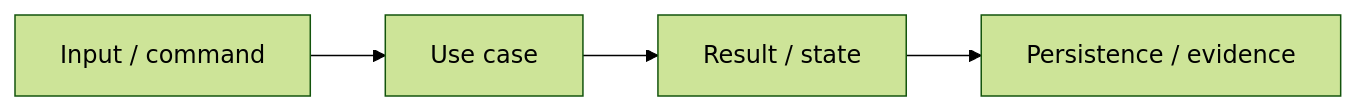
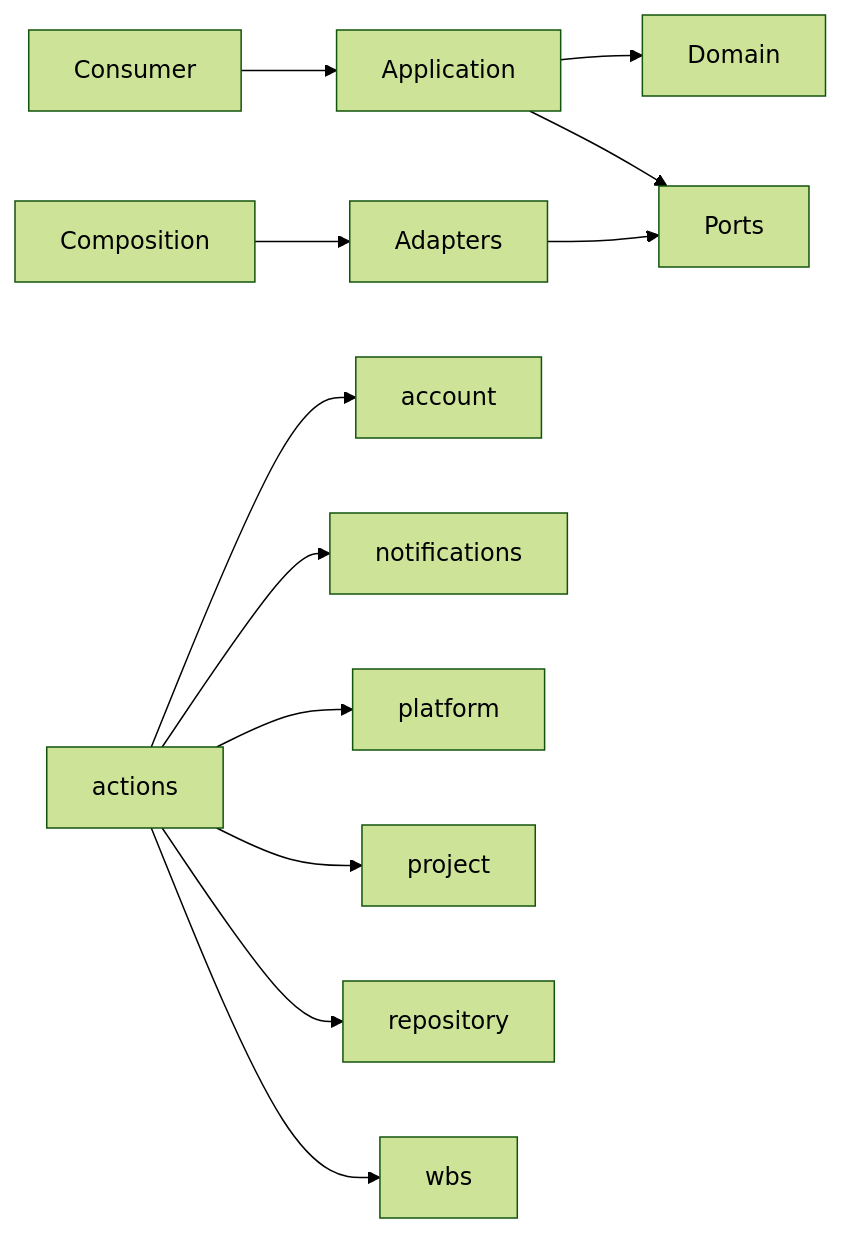
The third of 3 diagrams in packages/actions/ARCHITECTURE.md (963sup/Line_Bot_v1), drawn with Mermaid (forest theme) before and after one commit. The commit also changed other lines of this file and 40 other files, not shown here.

Commit message:
docs: compact owner architecture cards

````diff
--- a/packages/actions/ARCHITECTURE.md
+++ b/packages/actions/ARCHITECTURE.md
@@ -58,6 +33,14 @@
 ```mermaid
 flowchart LR
-  Input[Input / command] --> UseCase[Use case]
-  UseCase --> Result[Result / state]
-  Result --> Persistence[Persistence / evidence]
+  Consumer[Consumer] --> Application[Application]
+  Application --> Domain[Domain]
+  Application --> Ports[Ports]
+  Composition[Composition] --> Adapters[Adapters]
+  Adapters --> Ports
+  actions --> account
+  actions --> notifications
+  actions --> platform
+  actions --> project
+  actions --> repository
+  actions --> wbs
 ```
````
